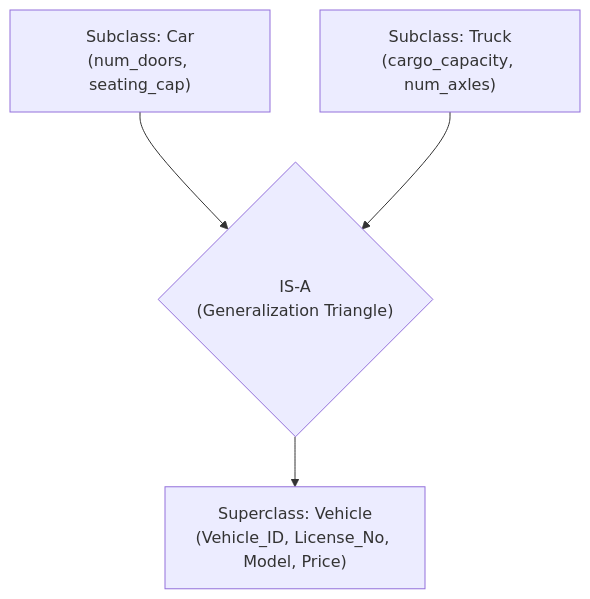
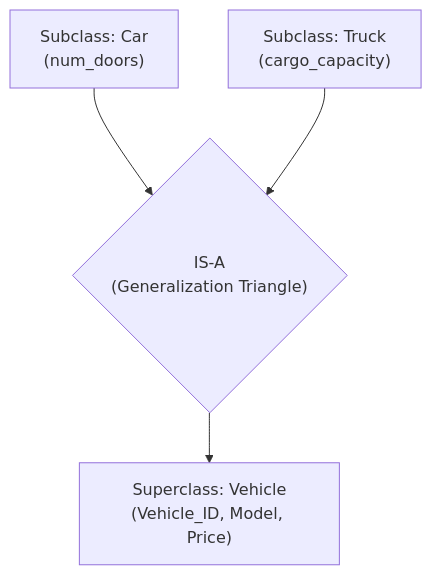
Before and after one commit to daihan054/Govt-it-question-bank-last-16-years-compact-it: the seventh of 19 diagrams in all-theories-with-previous-questions-attached/database.md, drawn with Mermaid. The commit also changed other lines of this file, not shown here.

````diff
--- a/all-theories-with-previous-questions-attached/database.md
+++ b/all-theories-with-previous-questions-attached/database.md
@@ -1222,6 +1284,6 @@
 ```mermaid
 flowchart TD
-    CAR["Subclass: Car<br/>(num_doors, seating_cap)"] --> ISA{"IS-A<br/>(Generalization Triangle)"}
-    TRUCK["Subclass: Truck<br/>(cargo_capacity, num_axles)"] --> ISA
-    ISA --> VEHICLE["Superclass: Vehicle<br/>(Vehicle_ID, License_No, Model, Price)"]
+    CAR["Subclass: Car<br/>(num_doors)"] --> ISA{"IS-A<br/>(Generalization Triangle)"}
+    TRUCK["Subclass: Truck<br/>(cargo_capacity)"] --> ISA
+    ISA --> VEHICLE["Superclass: Vehicle<br/>(Vehicle_ID, Model, Price)"]
 ```
````
